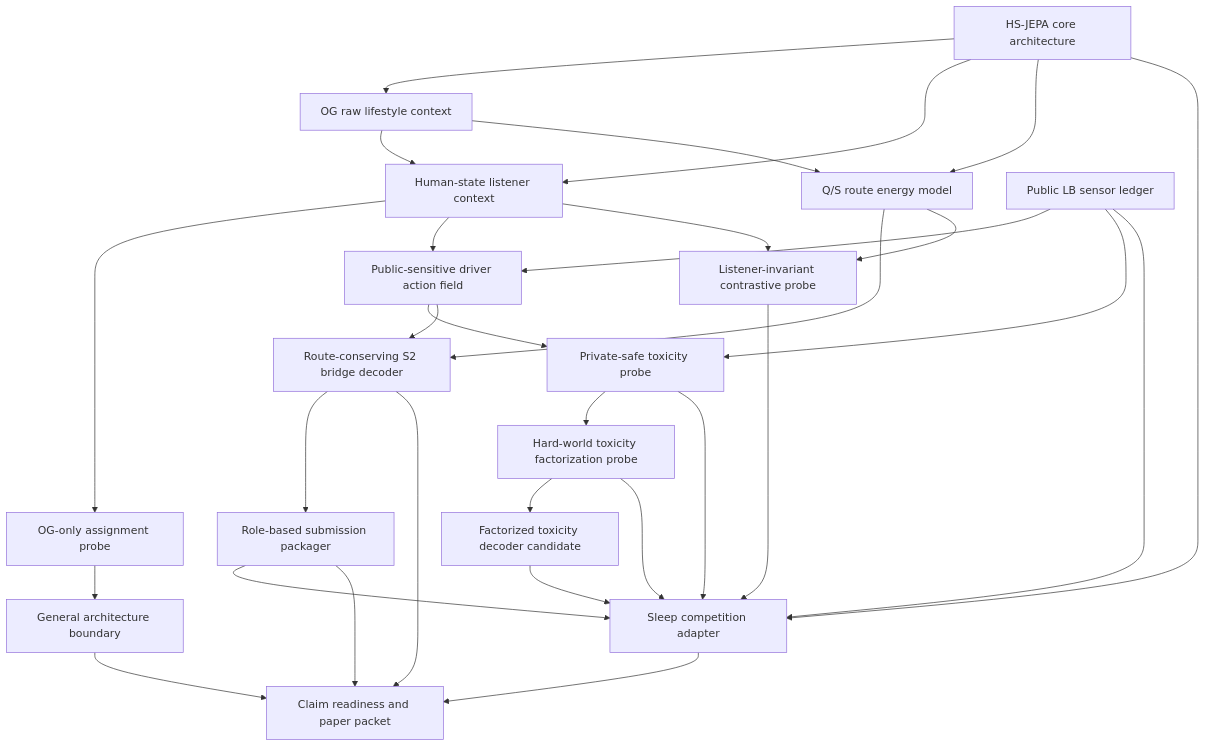
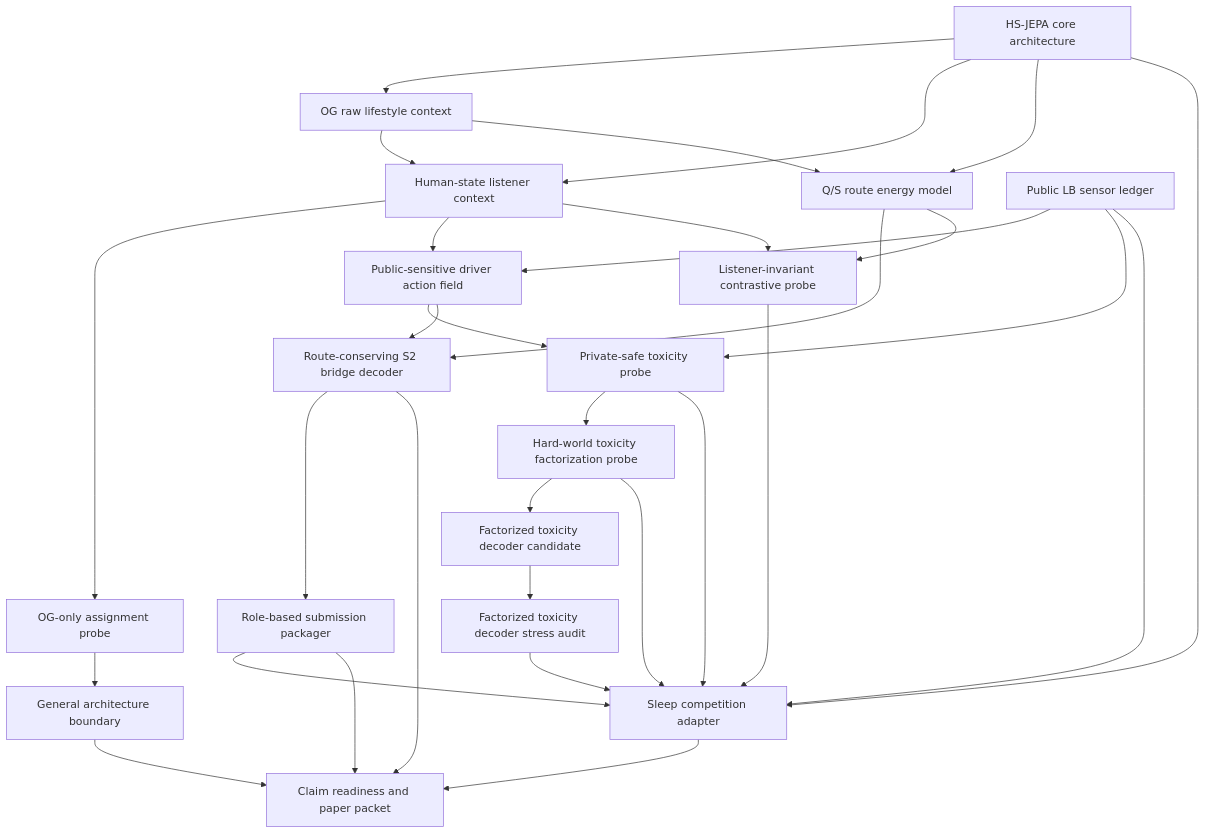
One commit to kbsooo/etri changed the diagram in team_hsjepa_end_to_end/outputs/route_conserving_s2_bridge/hsjepa_pipeline_manifest_ko.md. Above: the diagram before and after it, drawn with Mermaid. The commit also changed other lines of this file and 27 other files, not shown here.

Commit message:
feat(hsjepa): stress test factorized toxicity decoder

````diff
--- a/team_hsjepa_end_to_end/outputs/route_conserving_s2_bridge/hsjepa_pipeline_manifest_ko.md
+++ b/team_hsjepa_end_to_end/outputs/route_conserving_s2_bridge/hsjepa_pipeline_manifest_ko.md
@@ -13,32 +13,33 @@
 ```mermaid
 flowchart TD
     CORE["HS-JEPA core architecture"] --> A["OG raw lifestyle context"]
     CORE --> C["Human-state listener context"]
     CORE --> D["Q/S route energy model"]
     A["OG raw lifestyle context"] --> C["Human-state listener context"]
     A --> D["Q/S route energy model"]
     C --> P1["OG-only assignment probe"]
     P1 --> GEN["General architecture boundary"]
     B["Public LB sensor ledger"] --> E["Public-sensitive driver action field"]
     C --> E
     D --> F["Route-conserving S2 bridge decoder"]
     C --> P2["Listener-invariant contrastive probe"]
     D --> P2
     B --> P3["Private-safe toxicity probe"]
     E --> P3
     P3 --> P4["Hard-world toxicity factorization probe"]
     P4 --> P5["Factorized toxicity decoder candidate"]
+    P5 --> P6["Factorized toxicity decoder stress audit"]
     E --> F
     F --> G["Role-based submission packager"]
     G --> ADAPT["Sleep competition adapter"]
     CORE --> ADAPT
     B --> ADAPT
     P2 --> ADAPT
     P3 --> ADAPT
     P4 --> ADAPT
-    P5 --> ADAPT
+    P6 --> ADAPT
     GEN --> H["Claim readiness and paper packet"]
     ADAPT --> H["Claim readiness and paper packet"]
     G --> H["Claim readiness and paper packet"]
     F --> H
 ```
````
